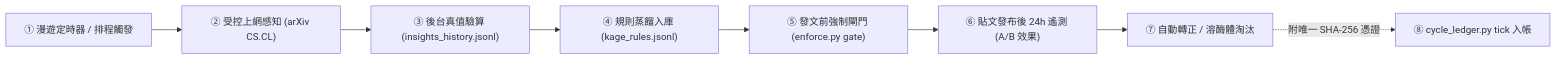
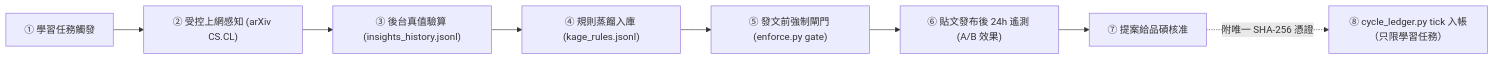
One commit to chalaw710218/00_Master_Polaris changed the fourth of 4 diagrams in .agents/skills/bionic-learning-kage/SKILL.md. Above: the diagram before and after it, drawn with Mermaid. The commit also changed other lines of this file and 317 other files, not shown here.

````diff
--- a/.agents/skills/bionic-learning-kage/SKILL.md
+++ b/.agents/skills/bionic-learning-kage/SKILL.md
@@ -245,10 +144,10 @@
 ```mermaid
 flowchart LR
-    T["① 漫遊定時器 / 排程觸發"] --> P["② 受控上網感知 (arXiv CS.CL)"]
+    T["① 學習任務觸發"] --> P["② 受控上網感知 (arXiv CS.CL)"]
     P --> V["③ 後台真值驗算 (insights_history.jsonl)"]
     V --> D["④ 規則蒸餾入庫 (kage_rules.jsonl)"]
     D --> E["⑤ 發文前強制閘門 (enforce.py gate)"]
     E --> M["⑥ 貼文發布後 24h 遙測 (A/B 效果)"]
-    M --> R["⑦ 自動轉正 / 溶酶體淘汰"]
-    R -.附唯一 SHA-256 憑證.-> C["⑧ cycle_ledger.py tick 入帳"]
+    M --> R["⑦ 提案給品碩核准"]
+    R -.附唯一 SHA-256 憑證.-> C["⑧ cycle_ledger.py tick 入帳（只限學習任務）"]
 ```
````
